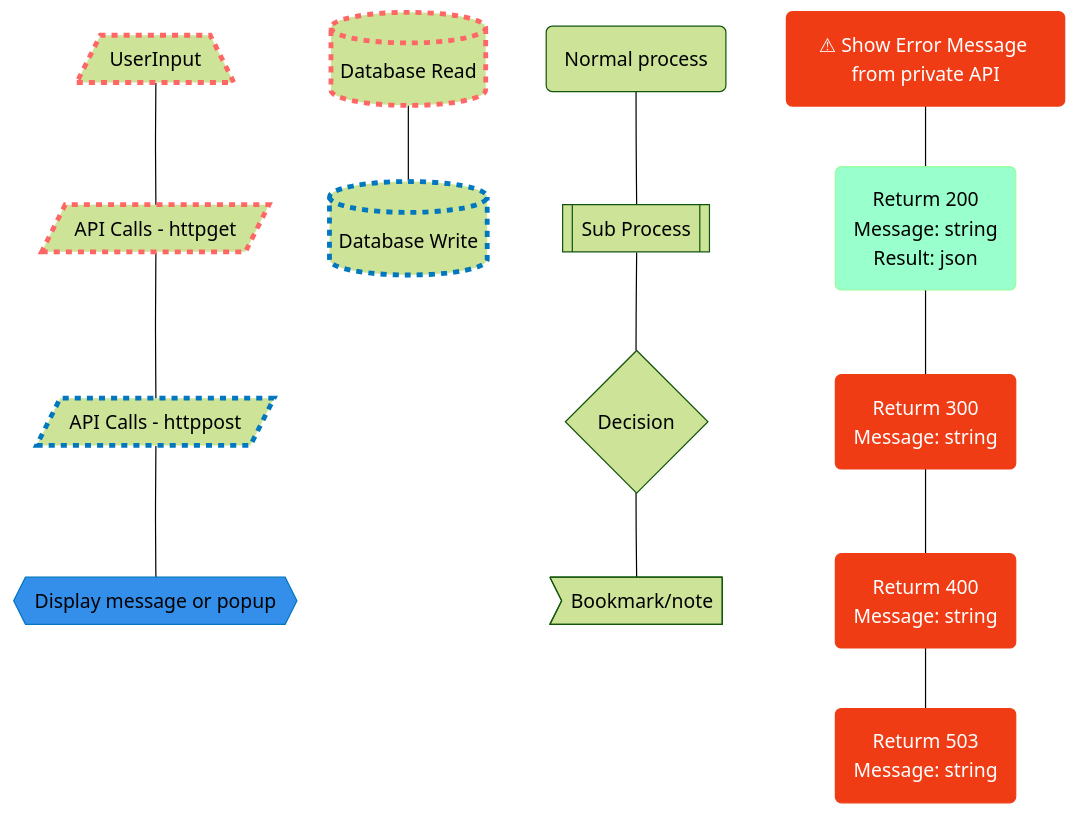
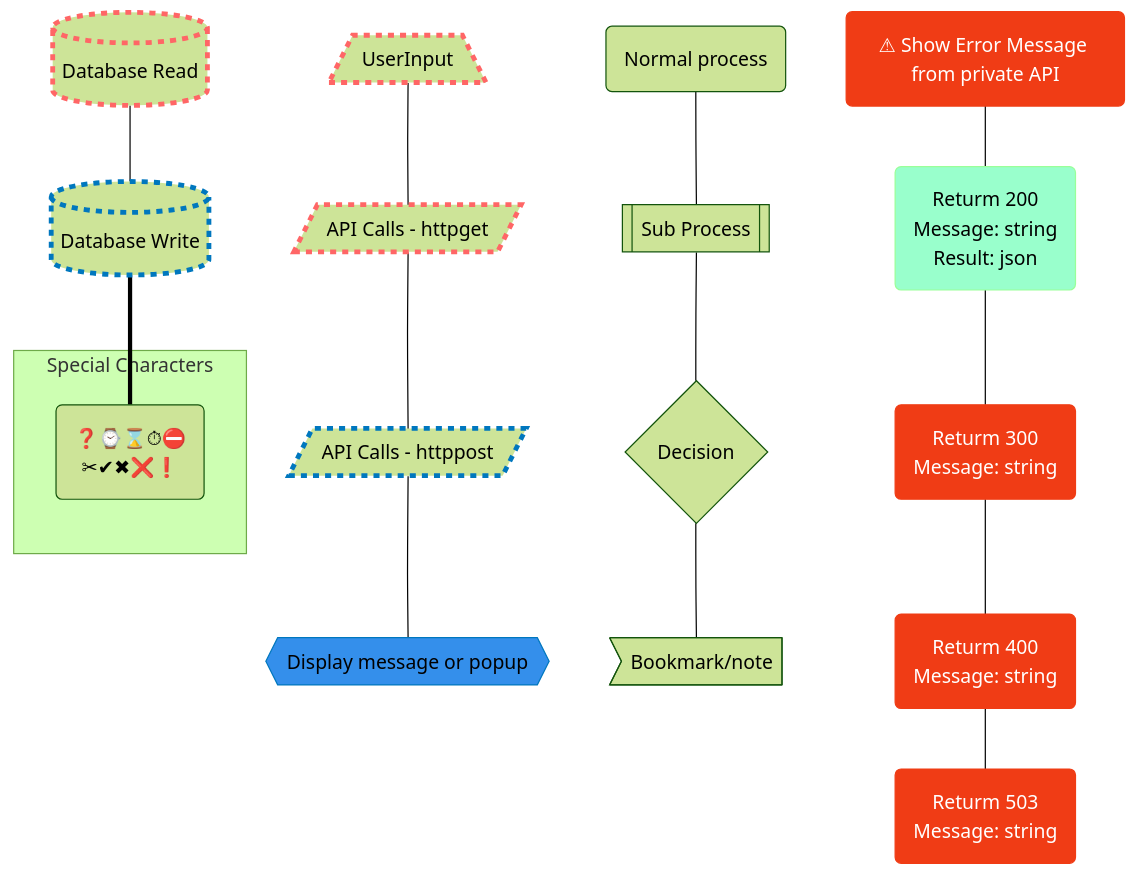
The diagram in README.md (EdwinKwok/MermaidDiagramKeys), drawn with Mermaid (forest theme) before and after one commit. The commit also changed other lines of this file, not shown here.

Commit message:
Add special characters

````diff
--- a/README.md
+++ b/README.md
@@ -5,43 +7,48 @@
 ```mermaid
 flowchart TB
 
  UserInput[/"UserInput"\] --- ApiGet
  classDef userInput stroke:#f66,stroke-width:4px,stroke-dasharray: 5 5;
  
  ApiGet[/"API Calls - httpget"/]--- ApiPost
  classDef httpget stroke:#f66,stroke-width:4px,stroke-dasharray: 5 5;
  
  ApiPost[/"API Calls - httppost"/]---Display
  classDef httppost stroke:#0077be,stroke-width:4px,stroke-dasharray: 5 5;
  
  Display{{"Display message or popup"}}
  
- dbGet[("Database Read")]---dbPost[("Database Write")]
+ dbGet[("Database Read")]---dbPost[("Database Write")]===sc
+ subgraph Special Characters
+  sc("#10067;#8986;#8987;#9201;#9940;
+  #9986;#10004;#10006;#10060;#10071;")
+ end  
    
  Process("Normal process")---SubProcess[["Sub Process"]]---If{"Decision"}---Note>"Bookmark/note"]
   
  ShowErrorMessage("&#x26A0 Show Error Message from private API")---http200
  classDef errorMessage fill:#f03c15,stroke:#f03c15,color:#fff;
  
  http200("Returm 200\n Message: string \n Result: json")---http300
  classDef http200 fill:#99FFCC,stroke:#99FF99,color:#000;
  
  http300("Returm 300\n Message: string")---http400
  
  http400("Returm 400\n Message: string")---http500
  
  http500("Returm 503\n Message: string")
  classDef http500 fill:#f03c15,stroke:#f03c15,color:#fff;
  
  
  classDef blue fill:#348feb, stroke:#0077be,color:#fff; %%#348feb/#0077be
  
  class UserInput userInput
  class ApiGet,dbGet httpget
  class ApiPost,dbPost httppost
  class ShowErrorMessage errorMessage
  class http200 http200
  class http300,http400,http500 http500
  class Display blue
  
+  
 ```
````
